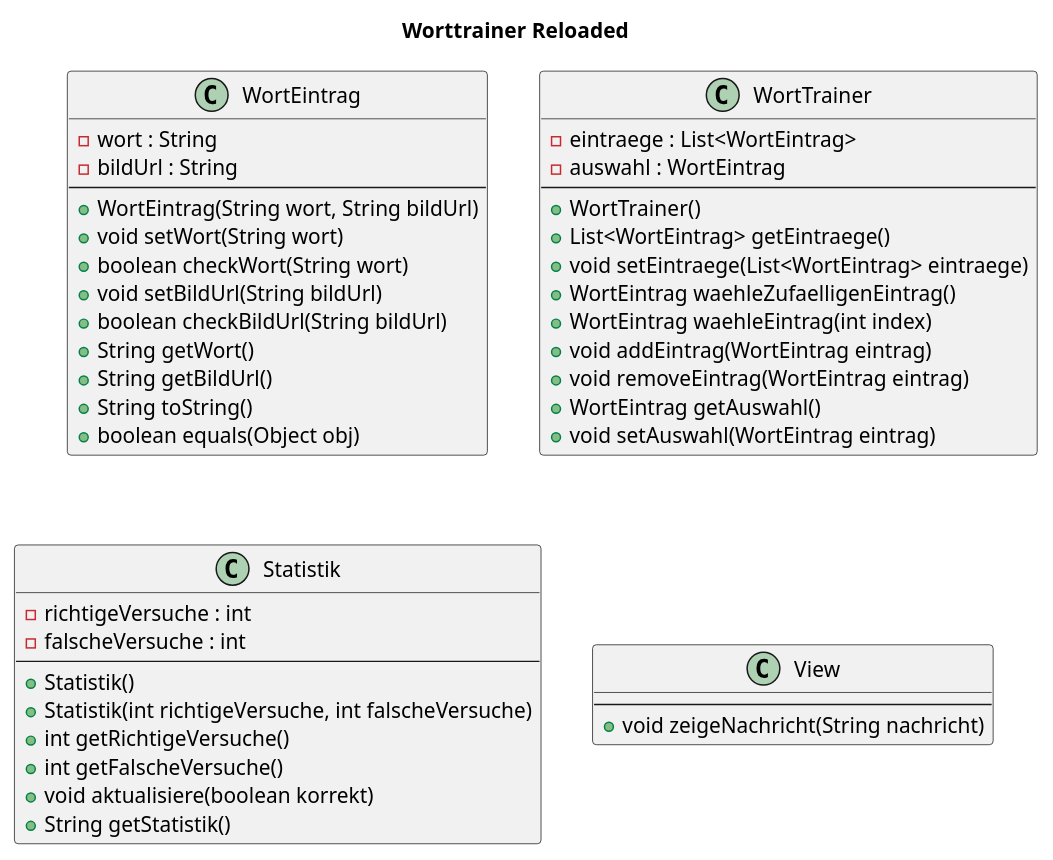
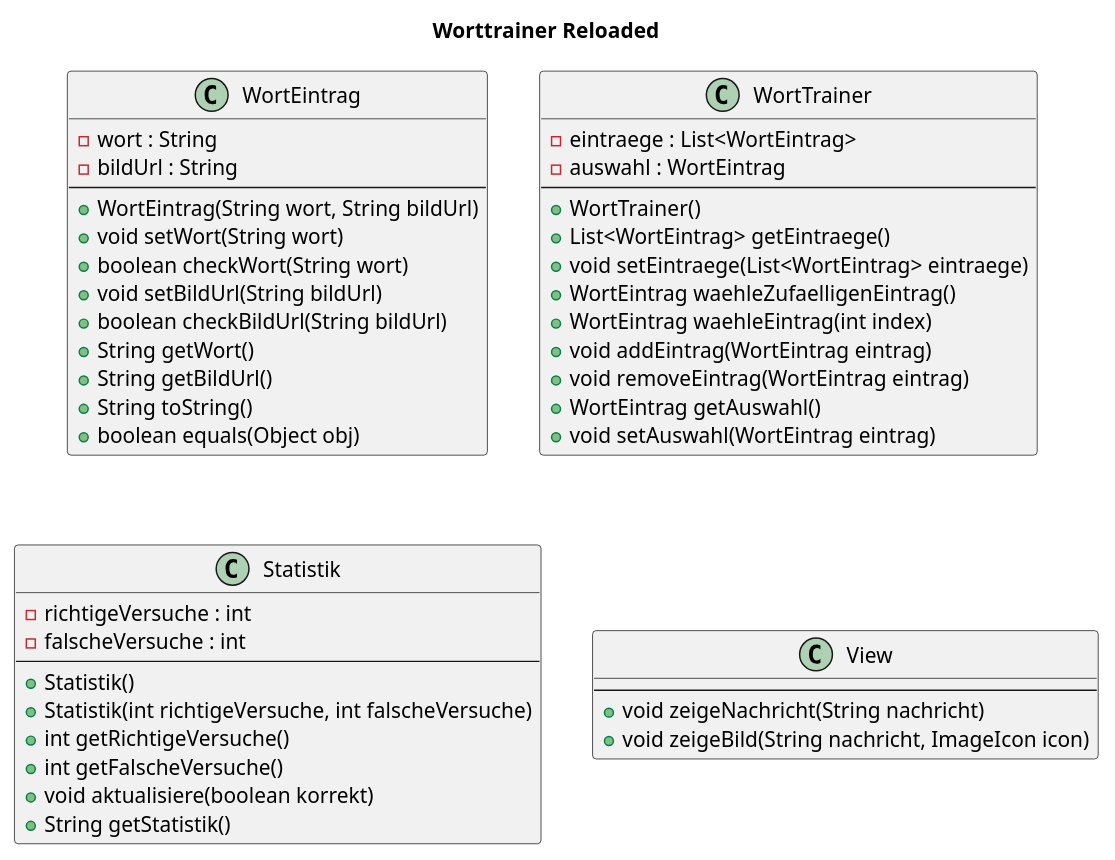
One commit to TGM-HIT/sew9-2425-worttrainer-fpolichetti changed the diagram in UML/worttrainer_PUML.puml. Above: the diagram before and after it, drawn with PlantUML.

Commit message:
[FEATURE 5.2] [ENTWURF] View UML erweitert

```diff
--- a/UML/worttrainer_PUML.puml
+++ b/UML/worttrainer_PUML.puml
@@ -1,51 +1,53 @@
 @startuml
 title: Worttrainer Reloaded
 
 class WortEintrag {
   -wort : String
   -bildUrl : String
   --
   +WortEintrag(String wort, String bildUrl)
   +void setWort(String wort)
   +boolean checkWort(String wort)
   +void setBildUrl(String bildUrl)
   +boolean checkBildUrl(String bildUrl)
   +String getWort()
   +String getBildUrl()
   +String toString()
   +boolean equals(Object obj)
 }
 
 class WortTrainer {
   -eintraege : List<WortEintrag>
   -auswahl : WortEintrag
   --
   +WortTrainer()
   +List<WortEintrag> getEintraege()
   +void setEintraege(List<WortEintrag> eintraege)
   +WortEintrag waehleZufaelligenEintrag()
   +WortEintrag waehleEintrag(int index)
   +void addEintrag(WortEintrag eintrag)
   +void removeEintrag(WortEintrag eintrag)
   +WortEintrag getAuswahl()
   +void setAuswahl(WortEintrag eintrag)
 }
 
 class Statistik {
   -richtigeVersuche : int
   -falscheVersuche : int
   --
   +Statistik()
   +Statistik(int richtigeVersuche, int falscheVersuche)
   +int getRichtigeVersuche()
   +int getFalscheVersuche()
   +void aktualisiere(boolean korrekt)
   +String getStatistik()
 }
 
 class View {
   --
   +void zeigeNachricht(String nachricht)
+  +void zeigeBild(String nachricht, ImageIcon icon)
 }
 
+
 @enduml
```
